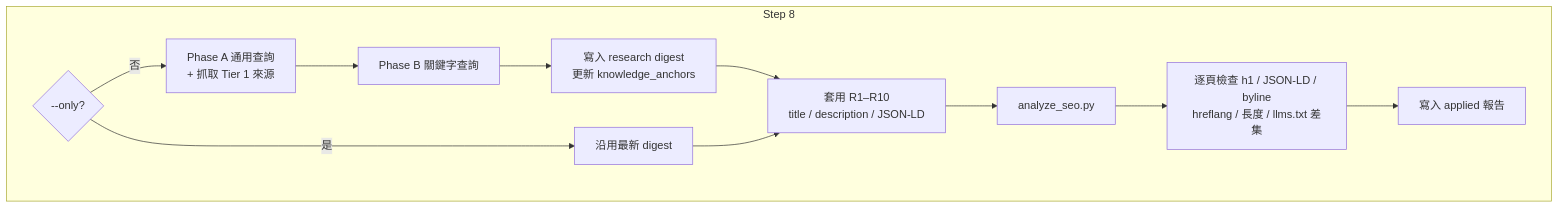
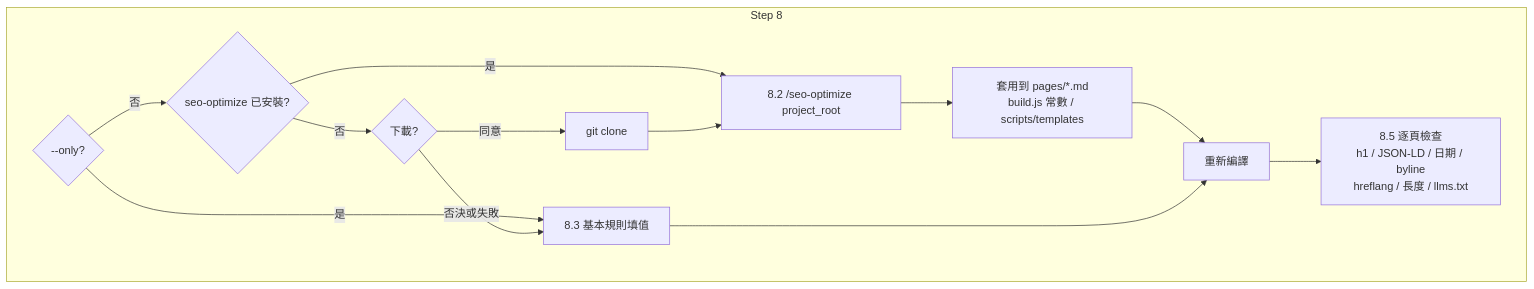
Before and after one commit to agenvoy/skill-wiki-generate: the seventh of 9 diagrams in doc/architecture.zh.md, drawn with Mermaid. The commit also changed other lines of this file and 13 other files, not shown here.

Commit message:
breaking: Delegate SEO to /seo-optimize and remove built-in SEO scripts

````diff
--- a/doc/architecture.zh.md
+++ b/doc/architecture.zh.md
@@ -114,14 +137,15 @@
 ```mermaid
 graph TB
     subgraph SEO[Step 8]
-        E1{--only?} -->|否| E2[Phase A 通用查詢<br/>+ 抓取 Tier 1 來源]
-        E2 --> E3[Phase B 關鍵字查詢]
-        E3 --> E4[寫入 research digest<br/>更新 knowledge_anchors]
-        E1 -->|是| E5[沿用最新 digest]
-        E4 --> E6[套用 R1–R10<br/>title / description / JSON-LD]
-        E5 --> E6
-        E6 --> E7[analyze_seo.py]
-        E7 --> E8[逐頁檢查 h1 / JSON-LD / byline<br/>hreflang / 長度 / llms.txt 差集]
-        E8 --> E9[寫入 applied 報告]
+        E0{--only?} -->|是| E5[8.3 基本規則填值]
+        E0 -->|否| E1{seo-optimize 已安裝?}
+        E1 -->|是| E2["8.2 /seo-optimize project_root"]
+        E1 -->|否| E3{下載?}
+        E3 -->|同意| E4[git clone] --> E2
+        E3 -->|否決或失敗| E5
+        E2 --> E6[套用到 pages/*.md<br/>build.js 常數 / scripts/templates]
+        E6 --> E7[重新編譯]
+        E5 --> E7
+        E7 --> E8[8.5 逐頁檢查<br/>h1 / JSON-LD / 日期 / byline<br/>hreflang / 長度 / llms.txt]
     end
 ```
````
